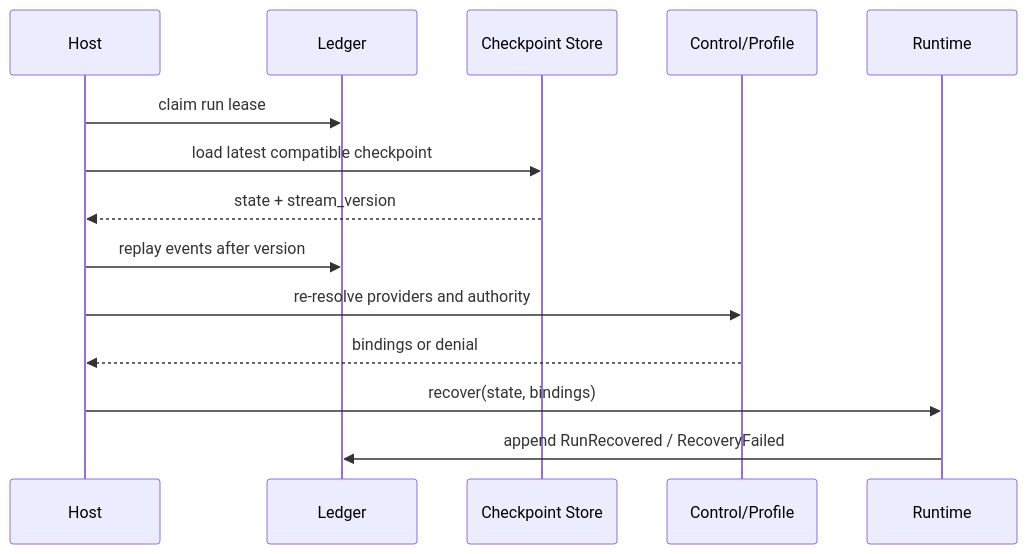
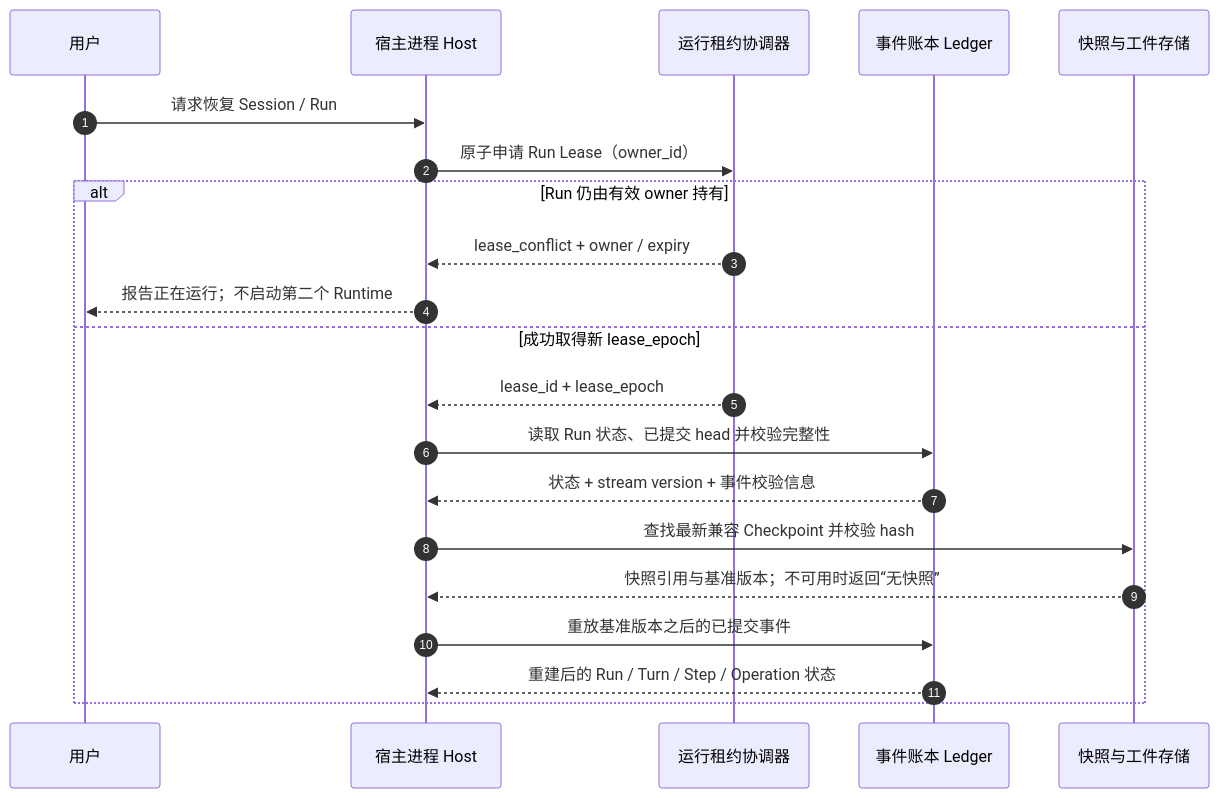
Before and after one commit to Cainheart/tracegraph-agent: the fourth of 5 diagrams in docs/outlive-agent-v2/01-system-architecture/03-identity-state-recovery.md, drawn with Mermaid. The commit also changed other lines of this file and 35 other files, not shown here.

First line of the commit message:
docs(architecture): 以 Agent Runtime 与 Session/Evidence 取代三平面模型

````diff
--- a/docs/outlive-agent-v2/01-system-architecture/03-identity-state-recovery.md
+++ b/docs/outlive-agent-v2/01-system-architecture/03-identity-state-recovery.md
@@ -65,16 +243,25 @@
 ```mermaid
 sequenceDiagram
-  participant H as Host
-  participant L as Ledger
-  participant C as Checkpoint Store
-  participant P as Control/Profile
-  participant R as Runtime
-  H->>L: claim run lease
-  H->>C: load latest compatible checkpoint
-  C-->>H: state + stream_version
-  H->>L: replay events after version
-  H->>P: re-resolve providers and authority
-  P-->>H: bindings or denial
-  H->>R: recover(state, bindings)
-  R->>L: append RunRecovered / RecoveryFailed
+  autonumber
+  actor U as 用户
+  participant U as 用户
+  participant H as 宿主进程 Host
+  participant O as 运行租约协调器
+  participant L as 事件账本 Ledger
+  participant C as 快照与工件存储
+
+  U->>H: 请求恢复 Session / Run
+  H->>O: 原子申请 Run Lease（owner_id）
+  alt Run 仍由有效 owner 持有
+    O-->>H: lease_conflict + owner / expiry
+    H-->>U: 报告正在运行；不启动第二个 Runtime
+  else 成功取得新 lease_epoch
+    O-->>H: lease_id + lease_epoch
+    H->>L: 读取 Run 状态、已提交 head 并校验完整性
+    L-->>H: 状态 + stream version + 事件校验信息
+    H->>C: 查找最新兼容 Checkpoint 并校验 hash
+    C-->>H: 快照引用与基准版本；不可用时返回“无快照”
+    H->>L: 重放基准版本之后的已提交事件
+    L-->>H: 重建后的 Run / Turn / Step / Operation 状态
+  end
 ```
````
